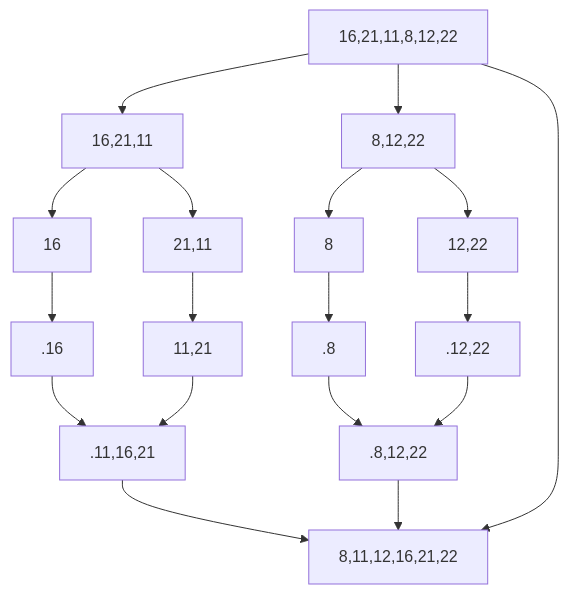
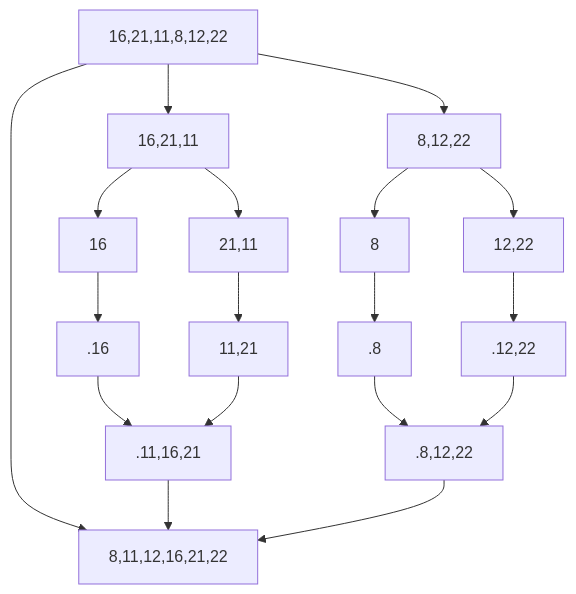
One commit to demirkolorg/Merge-Sort changed the diagram in README.md. Above: the diagram before and after it, drawn with Mermaid. The commit also changed other lines of this file, not shown here.

````diff
--- a/README.md
+++ b/README.md
@@ -15,26 +15,28 @@
 ```mermaid
   graph TD;
       16,21,11,8,12,22-->8,12,22;
       16,21,11,8,12,22-->16,21,11;
 
+      16,21,11,8,12,22-->8,11,12,16,21,22;
+      
       8,12,22-->8;
       8,12,22-->12,22;
 
       16,21,11-->16;
       16,21,11-->21,11;
       
       21,11-->11,21;
       16-->.16;
       8-->.8;
       12,22-->.12,22;
       .8-->.8,12,22;
       .12,22-->.8,12,22;
       .16-->.11,16,21;
        11,21-->.11,16,21;
       .11,16,21-->8,11,12,16,21,22;
       .8,12,22-->8,11,12,16,21,22;
-      16,21,11,8,12,22-->8,11,12,16,21,22;
+      
 
 
     
 ```
````
